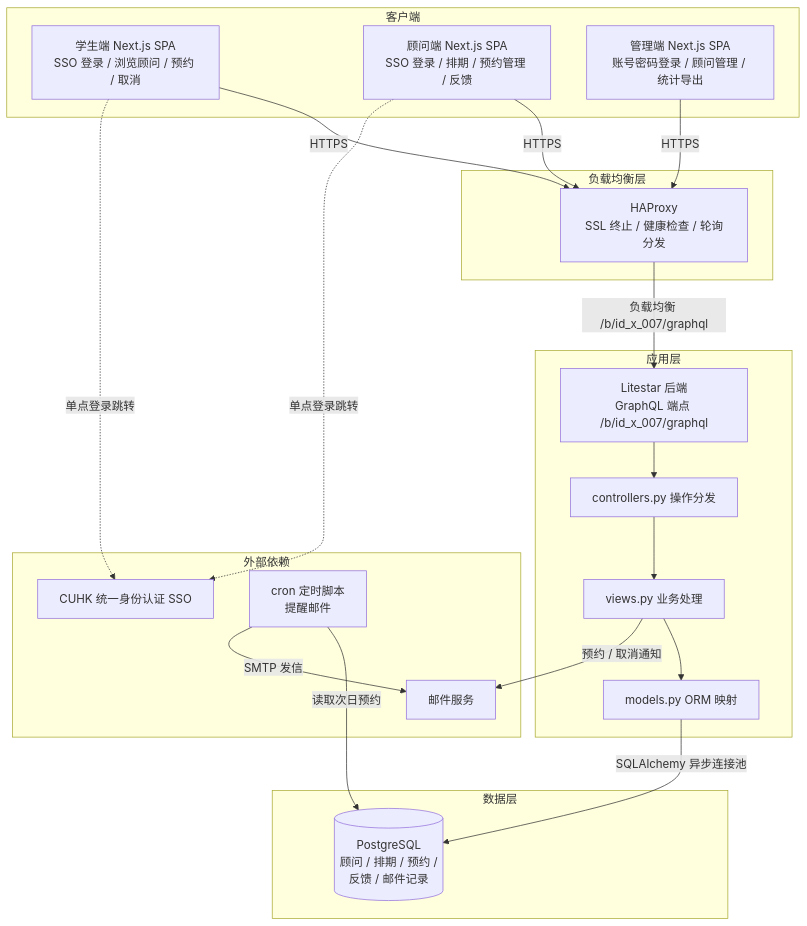
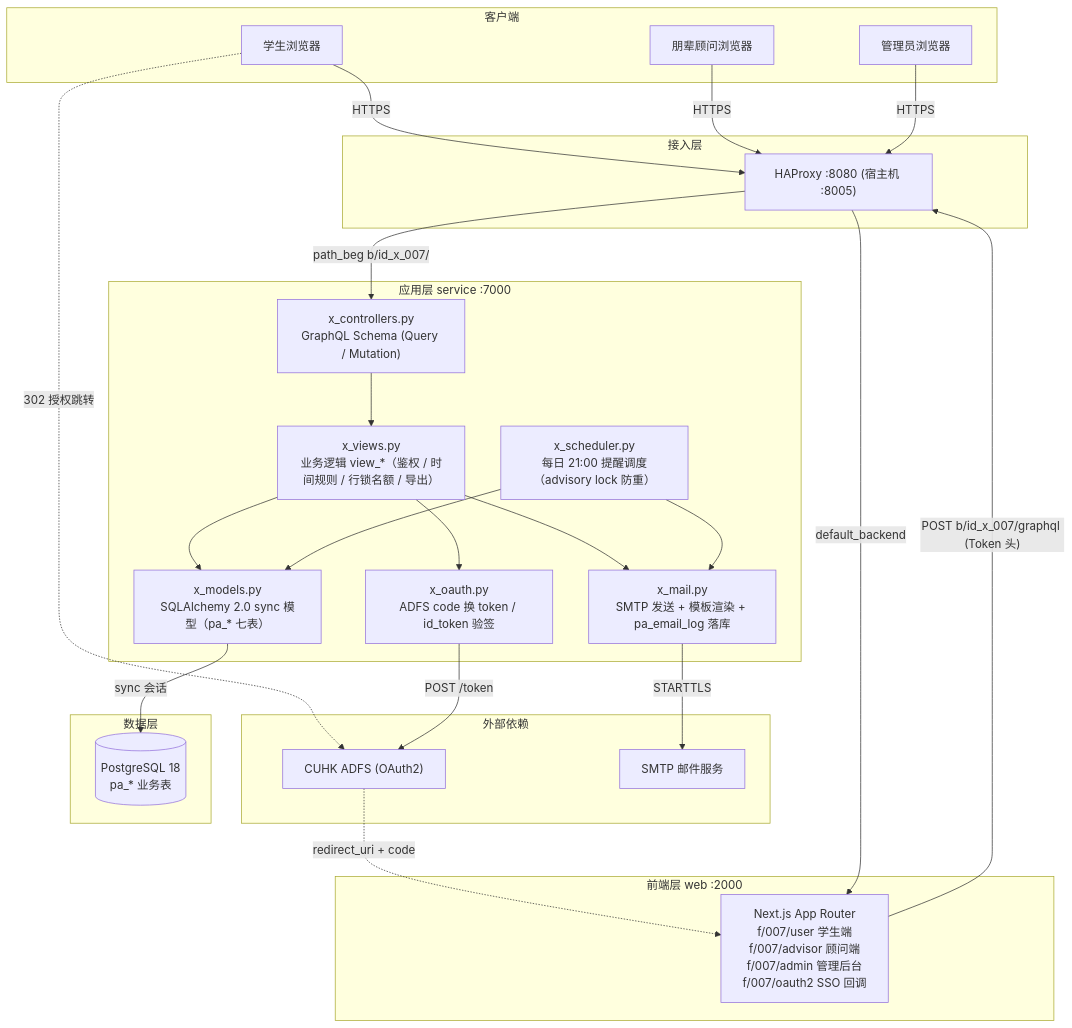
One commit to i-TorchLabs/id_x_007 changed the first of 2 diagrams in README.md. Above: the diagram before and after it, drawn with Mermaid. The commit also changed other lines of this file and 134 other files, not shown here.

````diff
--- a/README.md
+++ b/README.md
@@ -62,41 +71,52 @@
 ```mermaid
 graph TD
-    subgraph 客户端
-        STU[学生端 Next.js SPA<br/>SSO 登录 / 浏览顾问 / 预约 / 取消]
-        ADV[顾问端 Next.js SPA<br/>SSO 登录 / 排期 / 预约管理 / 反馈]
-        ADM[管理端 Next.js SPA<br/>账号密码登录 / 顾问管理 / 统计导出]
+    subgraph Client["客户端"]
+        Student["学生浏览器"]
+        Advisor["朋辈顾问浏览器"]
+        Admin["管理员浏览器"]
     end
 
-    subgraph 负载均衡层
-        HAP[HAProxy<br/>SSL 终止 / 健康检查 / 轮询分发]
+    subgraph IdP["外部依赖"]
+        ADFS["CUHK ADFS (OAuth2)"]
+        SMTP["SMTP 邮件服务"]
     end
 
-    subgraph 应用层
-        API[Litestar 后端<br/>GraphQL 端点 /b/id_x_007/graphql]
-        CTRL[controllers.py 操作分发]
-        VIEW[views.py 业务处理]
-        MODEL[models.py ORM 映射]
+    subgraph Gateway["接入层"]
+        HAProxy["HAProxy :8080 (宿主机 :8005)"]
     end
 
-    subgraph 数据层
-        PG[(PostgreSQL<br/>顾问 / 排期 / 预约 /<br/>反馈 / 邮件记录)]
+    subgraph Frontend["前端层 web :2000"]
+        Next["Next.js App Router<br/>f/007/user 学生端<br/>f/007/advisor 顾问端<br/>f/007/admin 管理后台<br/>f/007/oauth2 SSO 回调"]
     end
 
-    subgraph 外部依赖
-        SSO[CUHK 统一身份认证 SSO]
-        SMTP[邮件服务]
-        CRON[cron 定时脚本<br/>提醒邮件]
+    subgraph Backend["应用层 service :7000"]
+        Controller["x_controllers.py<br/>GraphQL Schema (Query / Mutation)"]
+        Views["x_views.py<br/>业务逻辑 view_*（鉴权 / 时间规则 / 行锁名额 / 导出）"]
+        Scheduler["x_scheduler.py<br/>每日 21:00 提醒调度（advisory lock 防重）"]
+        Mail["x_mail.py<br/>SMTP 发送 + 模板渲染 + pa_email_log 落库"]
+        OAuth["x_oauth.py<br/>ADFS code 换 token / id_token 验签"]
+        Models["x_models.py<br/>SQLAlchemy 2.0 sync 模型（pa_* 七表）"]
     end
 
-    STU -->|HTTPS| HAP
-    ADV -->|HTTPS| HAP
-    ADM -->|HTTPS| HAP
-    HAP -->|负载均衡 /b/id_x_007/graphql| API
-    STU -.->|单点登录跳转| SSO
-    ADV -.->|单点登录跳转| SSO
-    API --> CTRL --> VIEW --> MODEL
-    MODEL -->|SQLAlchemy 异步连接池| PG
-    CRON -->|读取次日预约| PG
-    CRON -->|SMTP 发信| SMTP
-    VIEW -->|预约 / 取消通知| SMTP
+    subgraph Data["数据层"]
+        PG[("PostgreSQL 18<br/>pa_* 业务表")]
+    end
+
+    Student -->|"HTTPS"| HAProxy
+    Advisor -->|"HTTPS"| HAProxy
+    Admin -->|"HTTPS"| HAProxy
+    Student -. "302 授权跳转" .-> ADFS
+    ADFS -. "redirect_uri + code" .-> Next
+    HAProxy -->|"path_beg b/id_x_007/"| Controller
+    HAProxy -->|"default_backend"| Next
+    Next -->|"POST b/id_x_007/graphql (Token 头)"| HAProxy
+    Controller --> Views
+    Views --> Models
+    Views --> Mail
+    Views --> OAuth
+    OAuth -->|"POST /token"| ADFS
+    Scheduler --> Models
+    Scheduler --> Mail
+    Mail -->|"STARTTLS"| SMTP
+    Models -->|"sync 会话"| PG
 ```
````
